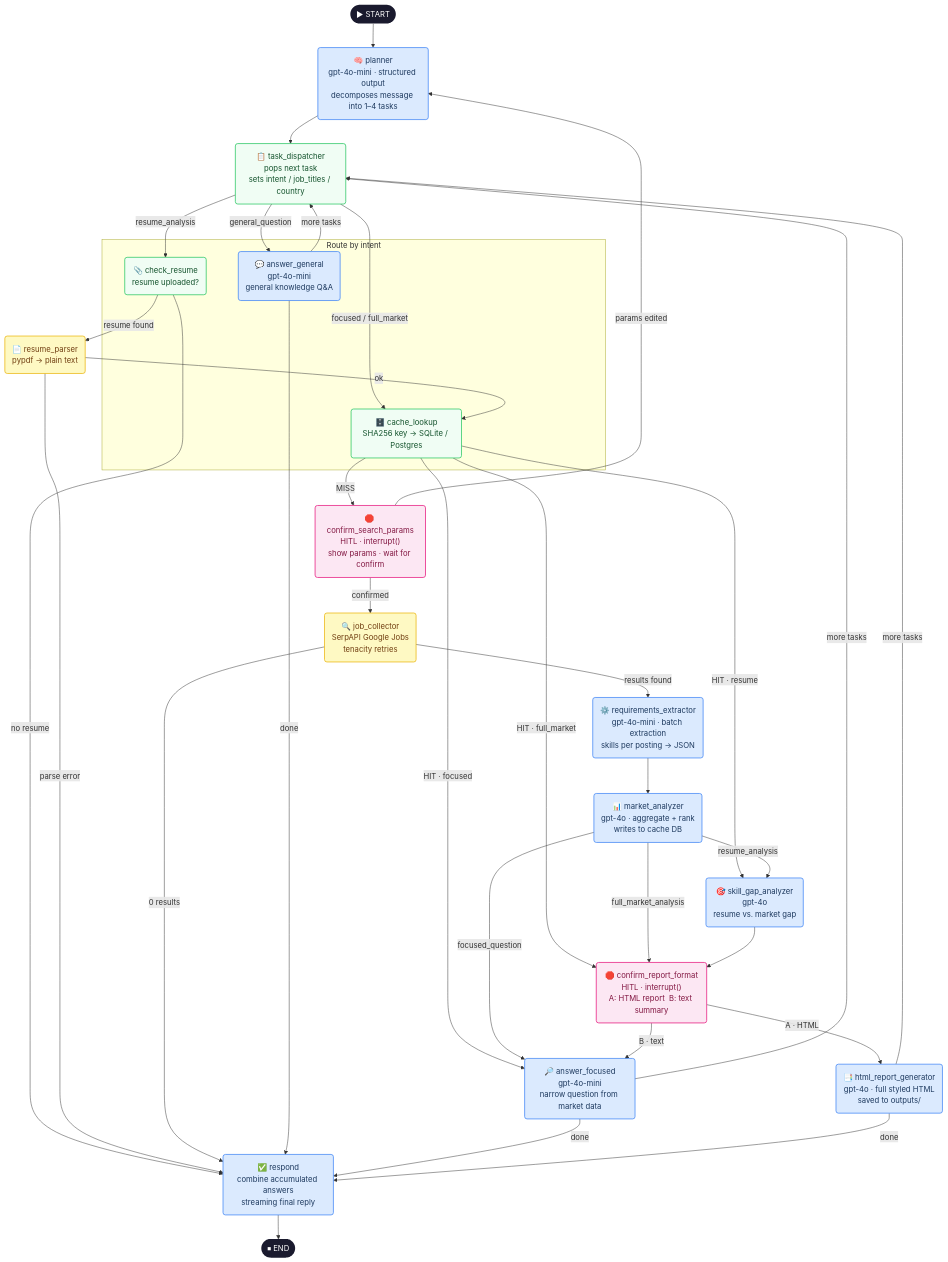
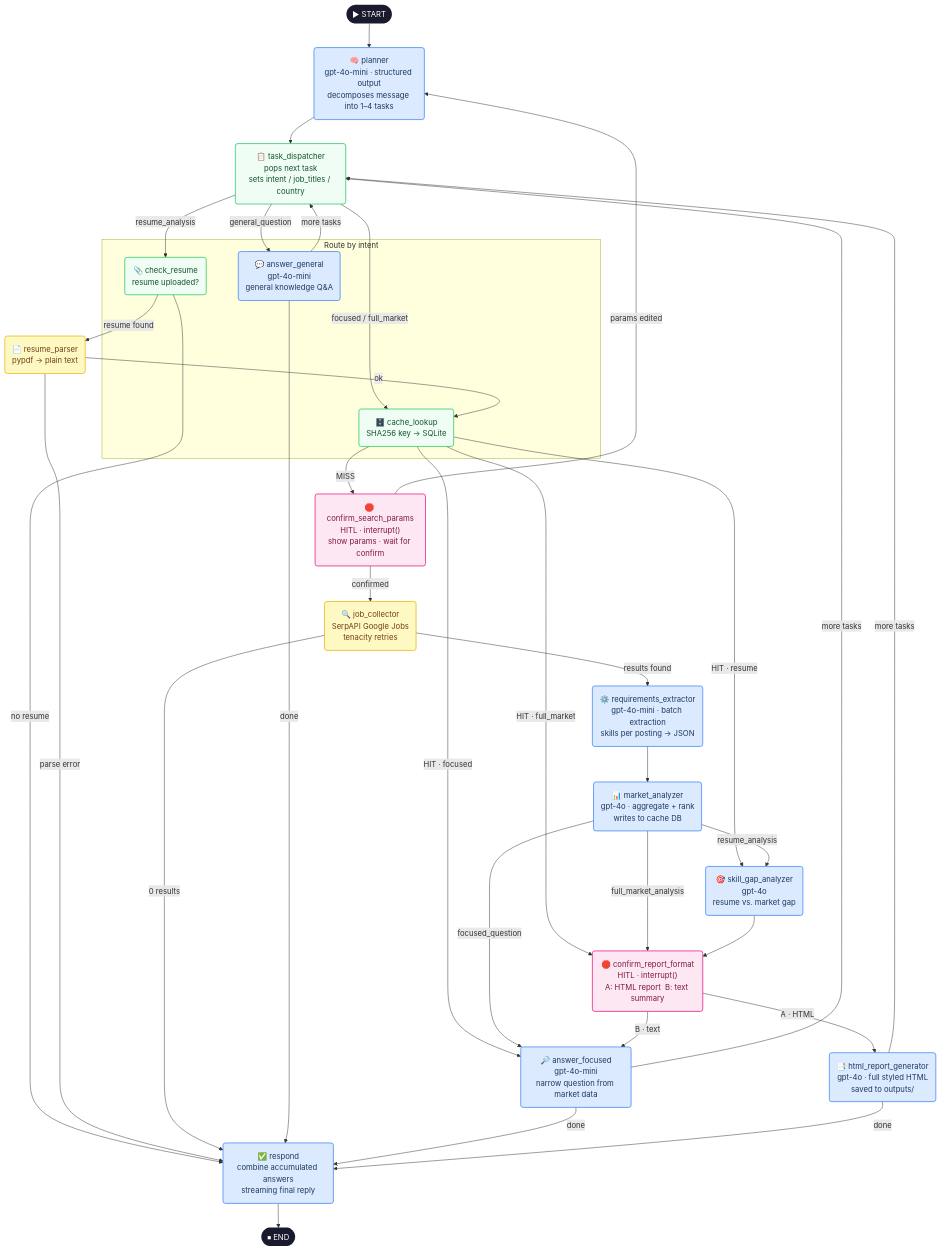
Before and after one commit to Mostafa-M-Abla/job-market-intelligence-system: the diagram in README.md, drawn with Mermaid. The commit also changed other lines of this file and 1 other file, not shown here.

````diff
--- a/README.md
+++ b/README.md
@@ -76,76 +76,76 @@
 ```mermaid
 flowchart TD
     START([▶ START]):::terminal
     END_NODE([⏹ END]):::terminal
 
     planner("🧠 planner\ngpt-4o-mini · structured output\ndecomposes message into 1–4 tasks"):::llm
     dispatcher("📋 task_dispatcher\npops next task\nsets intent / job_titles / country"):::logic
 
     subgraph intent_routing ["Route by intent"]
         answer_general("💬 answer_general\ngpt-4o-mini\ngeneral knowledge Q&A"):::llm
         check_resume("📎 check_resume\nresume uploaded?"):::logic
-        cache_lookup("🗄️ cache_lookup\nSHA256 key → SQLite / Postgres"):::logic
+        cache_lookup("🗄️ cache_lookup\nSHA256 key → SQLite"):::logic
     end
 
     resume_parser("📄 resume_parser\npypdf → plain text"):::tool
     confirm_params("🛑 confirm_search_params\nHITL · interrupt()\nshow params · wait for confirm"):::hitl
     job_collector("🔍 job_collector\nSerpAPI Google Jobs\ntenacity retries"):::tool
     req_extractor("⚙️ requirements_extractor\ngpt-4o-mini · batch extraction\nskills per posting → JSON"):::llm
     market_analyzer("📊 market_analyzer\ngpt-4o · aggregate + rank\nwrites to cache DB"):::llm
     skill_gap("🎯 skill_gap_analyzer\ngpt-4o\nresume vs. market gap"):::llm
     confirm_format("🛑 confirm_report_format\nHITL · interrupt()\nA: HTML report  B: text summary"):::hitl
     html_gen("📑 html_report_generator\ngpt-4o · full styled HTML\nsaved to outputs/"):::llm
     answer_focused("🔎 answer_focused\ngpt-4o-mini\nnarrow question from market data"):::llm
     respond("✅ respond\ncombine accumulated answers\nstreaming final reply"):::llm
 
     START --> planner
     planner --> dispatcher
 
     dispatcher -->|general_question| answer_general
     dispatcher -->|resume_analysis| check_resume
     dispatcher -->|focused / full_market| cache_lookup
 
     check_resume -->|resume found| resume_parser
     check_resume -->|no resume| respond
 
     resume_parser -->|ok| cache_lookup
     resume_parser -->|parse error| respond
 
     cache_lookup -->|MISS| confirm_params
     cache_lookup -->|HIT · focused| answer_focused
     cache_lookup -->|HIT · full_market| confirm_format
     cache_lookup -->|HIT · resume| skill_gap
 
     confirm_params -->|confirmed| job_collector
     confirm_params -->|params edited| planner
 
     job_collector -->|results found| req_extractor
     job_collector -->|0 results| respond
 
     req_extractor --> market_analyzer
 
     market_analyzer -->|focused_question| answer_focused
     market_analyzer -->|full_market_analysis| confirm_format
     market_analyzer -->|resume_analysis| skill_gap
 
     skill_gap --> confirm_format
 
     confirm_format -->|A · HTML| html_gen
     confirm_format -->|B · text| answer_focused
 
     answer_general -->|more tasks| dispatcher
     answer_focused -->|more tasks| dispatcher
     html_gen -->|more tasks| dispatcher
 
     answer_general -->|done| respond
     answer_focused -->|done| respond
     html_gen -->|done| respond
 
     respond --> END_NODE
 
     classDef terminal fill:#1a1a2e,color:#fff,stroke:none
     classDef llm fill:#dbeafe,stroke:#3b82f6,stroke-width:1.5px,color:#1e3a5f
     classDef logic fill:#f0fdf4,stroke:#22c55e,stroke-width:1.5px,color:#14532d
     classDef tool fill:#fef9c3,stroke:#eab308,stroke-width:1.5px,color:#713f12
     classDef hitl fill:#fce7f3,stroke:#ec4899,stroke-width:2px,color:#831843
 ```
````
